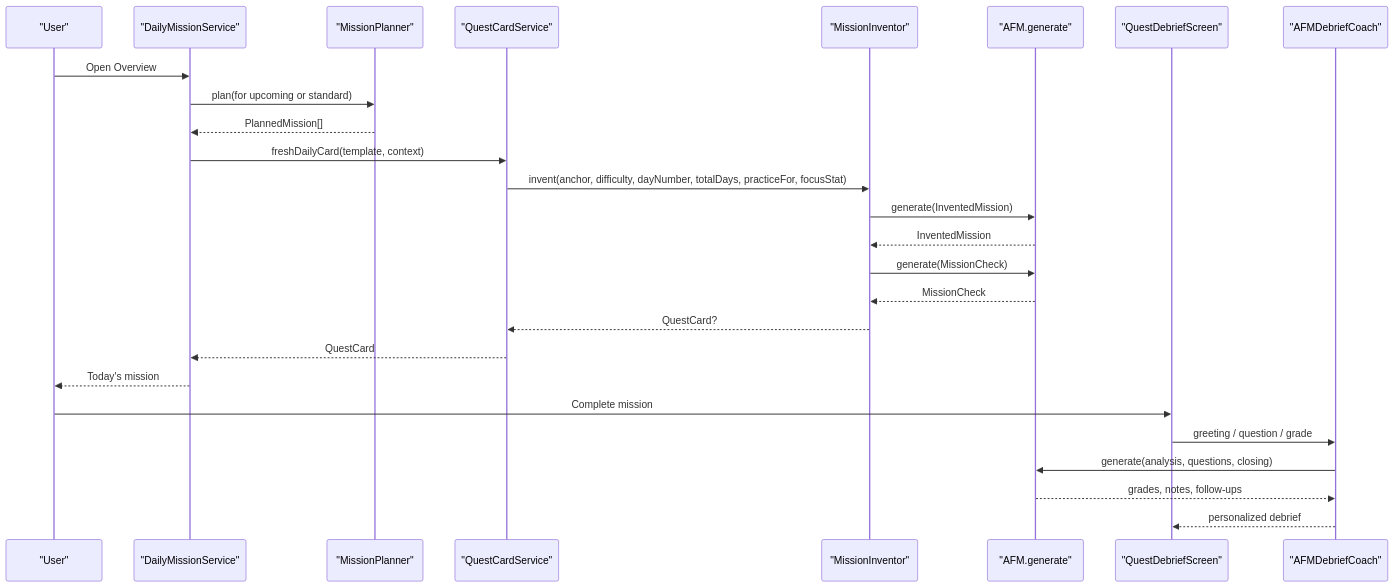
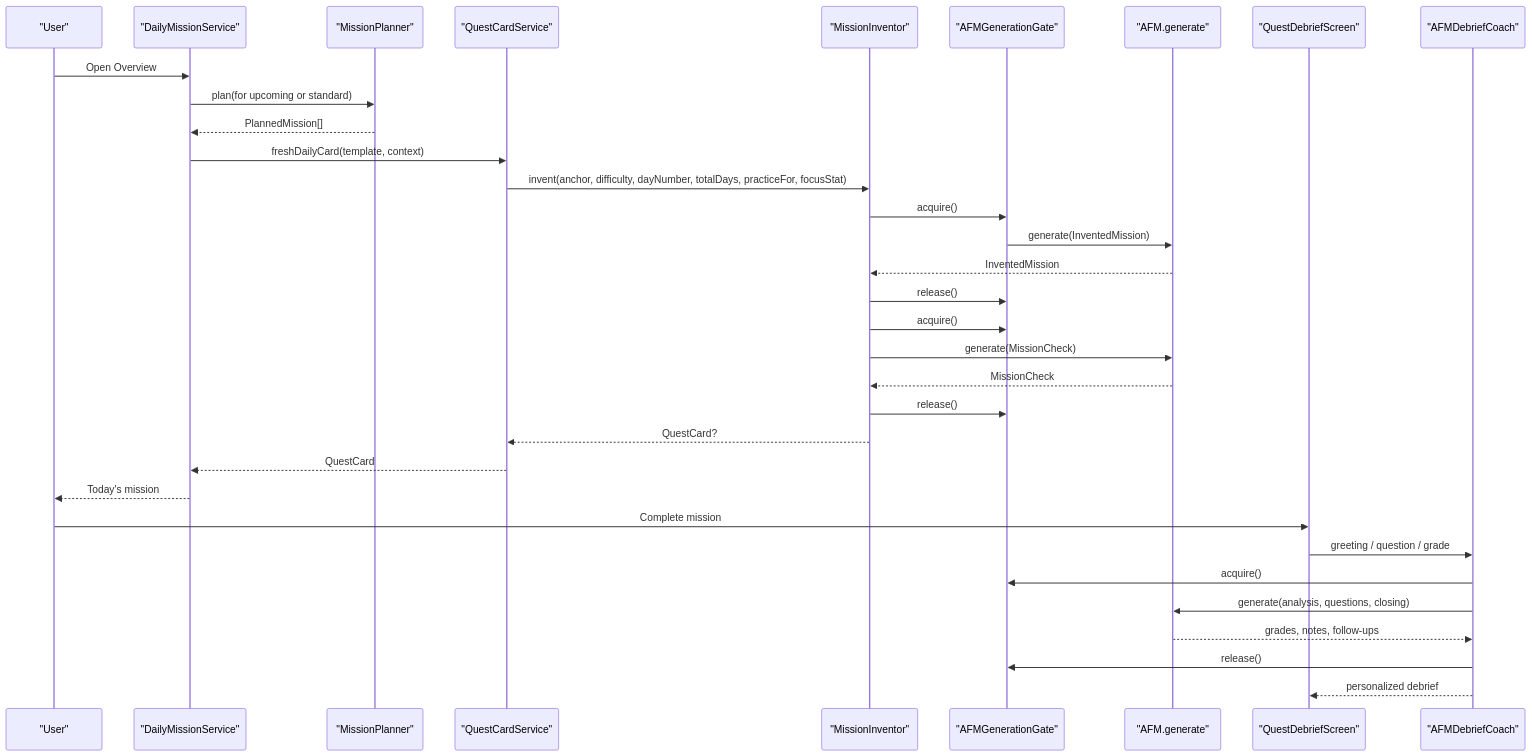
Before and after one commit to Moko-Your-Social-Capy/Moko---iOS-Native-App-: the second of 8 diagrams in .qoder/repowiki/en/content/Core Features/Quest & Mission System/Adaptive Mission System (AFM).md, drawn with Mermaid. The commit also changed other lines of this file and 101 other files, not shown here.

````diff
--- a/.qoder/repowiki/en/content/Core Features/Quest & Mission System/Adaptive Mission System (AFM).md
+++ b/.qoder/repowiki/en/content/Core Features/Quest & Mission System/Adaptive Mission System (AFM).md
@@ -108,28 +120,35 @@
 ```mermaid
 sequenceDiagram
 participant User as "User"
 participant Daily as "DailyMissionService"
 participant Planner as "MissionPlanner"
 participant Cards as "QuestCardService"
 participant Inventor as "MissionInventor"
+participant Gate as "AFMGenerationGate"
 participant AFM as "AFM.generate"
 participant UI as "QuestDebriefScreen"
 participant Coach as "AFMDebriefCoach"
 User->>Daily : Open Overview
 Daily->>Planner : plan(for upcoming or standard)
 Planner-->>Daily : PlannedMission[]
 Daily->>Cards : freshDailyCard(template, context)
 Cards->>Inventor : invent(anchor, difficulty, dayNumber, totalDays, practiceFor, focusStat)
-Inventor->>AFM : generate(InventedMission)
+Inventor->>Gate : acquire()
+Gate->>AFM : generate(InventedMission)
 AFM-->>Inventor : InventedMission
+Inventor->>Gate : release()
+Inventor->>Gate : acquire()
 Inventor->>AFM : generate(MissionCheck)
 AFM-->>Inventor : MissionCheck
+Inventor->>Gate : release()
 Inventor-->>Cards : QuestCard?
 Cards-->>Daily : QuestCard
 Daily-->>User : Today's mission
 User->>UI : Complete mission
 UI->>Coach : greeting / question / grade
+Coach->>Gate : acquire()
 Coach->>AFM : generate(analysis, questions, closing)
 AFM-->>Coach : grades, notes, follow-ups
+Coach->>Gate : release()
 Coach-->>UI : personalized debrief
 ```
````
